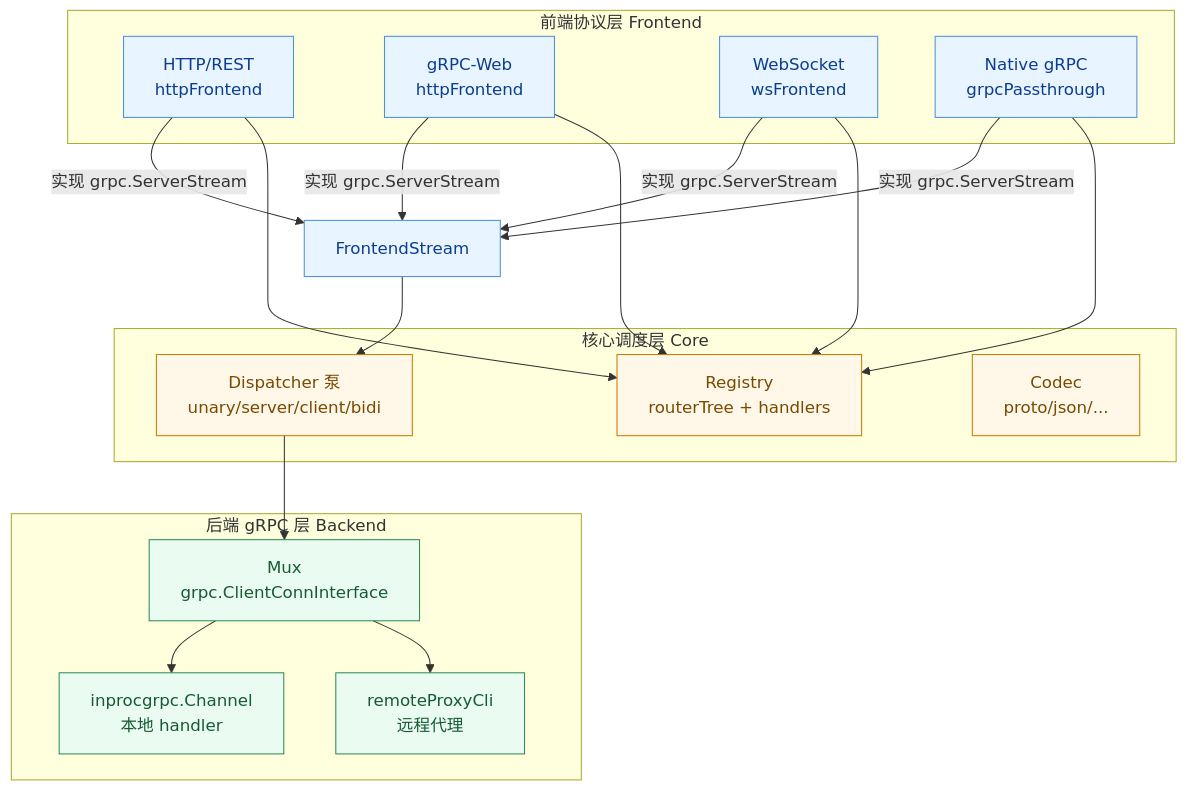
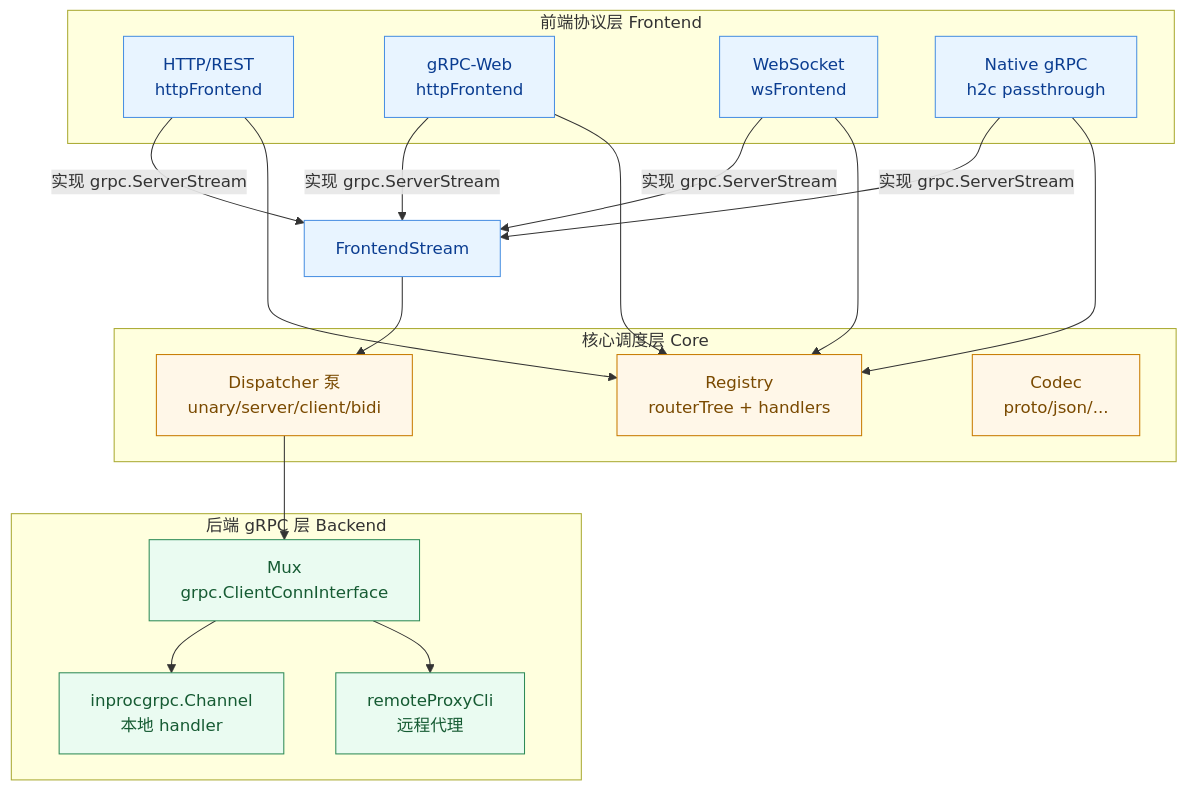
Before and after one commit to pubgo/lava: the first of 7 diagrams in pkg/gateway/docs/architecture.md, drawn with Mermaid. The commit also changed 15 other files, not shown here.

````diff
--- a/pkg/gateway/docs/architecture.md
+++ b/pkg/gateway/docs/architecture.md
@@ -22,35 +22,35 @@
 ```mermaid
 flowchart TB
     subgraph FE[前端协议层 Frontend]
         F1[HTTP/REST<br/>httpFrontend]
         F2[gRPC-Web<br/>httpFrontend]
         F3[WebSocket<br/>wsFrontend]
-        F4[Native gRPC<br/>grpcPassthrough]
+        F4[Native gRPC<br/>h2c passthrough]
     end
 
     subgraph CORE[核心调度层 Core]
         REG[Registry<br/>routerTree + handlers]
         PUMP[Dispatcher 泵<br/>unary/server/client/bidi]
         CODEC[Codec<br/>proto/json/...]
     end
 
     subgraph BE[后端 gRPC 层 Backend]
         INV["Mux<br/>grpc.ClientConnInterface"]
         INPROC[inprocgrpc.Channel<br/>本地 handler]
         PROXY[remoteProxyCli<br/>远程代理]
     end
 
     F1 & F2 & F3 & F4 -->|实现 grpc.ServerStream| SS[FrontendStream]
     F1 & F2 & F3 & F4 --> REG
     SS --> PUMP
     PUMP --> INV
     INV --> INPROC
     INV --> PROXY
 
     classDef fe fill:#E8F4FF,stroke:#4A90E2,color:#0B3D91;
     classDef core fill:#FFF7E8,stroke:#C87B00,color:#7A4A00;
     classDef be fill:#EAFBF1,stroke:#2E8B57,color:#165B33;
     class F1,F2,F3,F4,SS fe;
     class REG,PUMP,CODEC core;
     class INV,INPROC,PROXY be;
 ```
````
